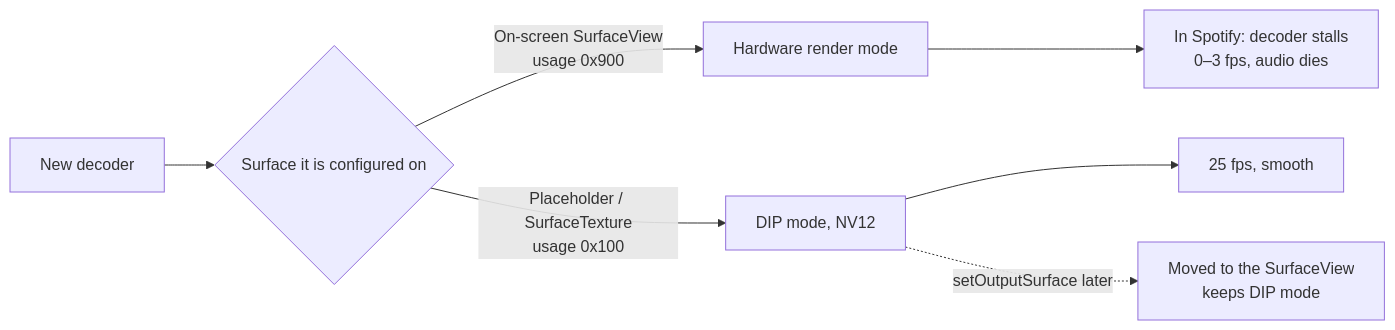
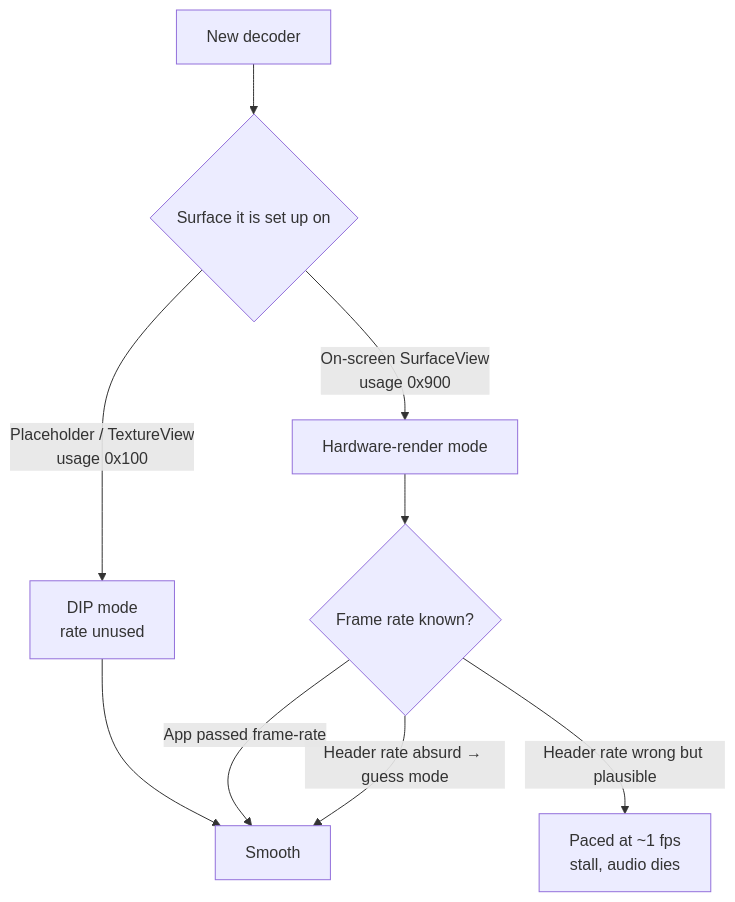
Before and after one commit to Rarasinhoo/spotify-android-tv-video-stutter-patcher: the diagram in README.md, drawn with Mermaid. The commit also changed other lines of this file and 1 other file, not shown here.

First line of the commit message:
Document the confirmed root cause: a bogus header frame rate trusted in hardware-render mode

````diff
--- a/README.md
+++ b/README.md
@@ -89,9 +101,11 @@
 ```mermaid
-flowchart LR
-    A[New decoder] --> B{Surface it is configured on}
-    B -->|On-screen SurfaceView<br/>usage 0x900| C[Hardware render mode]
-    C --> D[In Spotify: decoder stalls<br/>0–3 fps, audio dies]
-    B -->|Placeholder / SurfaceTexture<br/>usage 0x100| E[DIP mode, NV12]
-    E --> F[25 fps, smooth]
-    E -.->|setOutputSurface later| G[Moved to the SurfaceView<br/>keeps DIP mode]
+flowchart TD
+    A[New decoder] --> B{Surface it is set up on}
+    B -->|Placeholder / TextureView<br/>usage 0x100| C[DIP mode<br/>rate unused]
+    C --> OK[Smooth]
+    B -->|On-screen SurfaceView<br/>usage 0x900| D[Hardware-render mode]
+    D --> E{Frame rate known?}
+    E -->|App passed frame-rate| OK
+    E -->|Header rate absurd → guess mode| OK
+    E -->|Header rate wrong but plausible| BAD[Paced at ~1 fps<br/>stall, audio dies]
 ```
````
